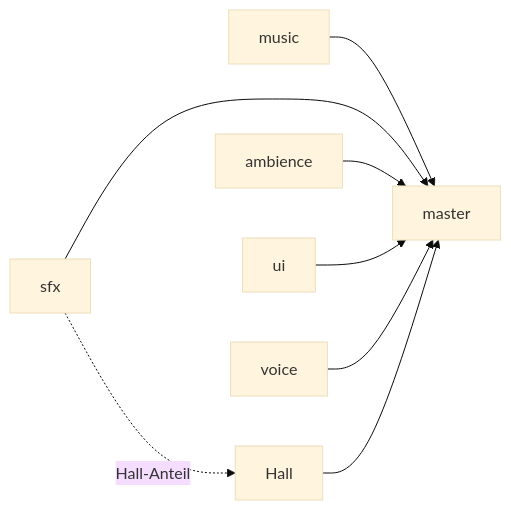
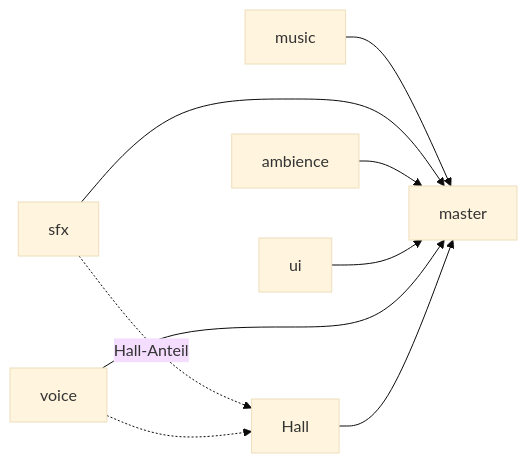
Before and after one commit to ChristianHohlfeld/kernengine.de: the diagram in kern/docs/buch-gruen/07-audio.md, drawn with Mermaid (base theme). The commit also changed other lines of this file and 2 other files, not shown here.

````diff
--- a/kern/docs/buch-gruen/07-audio.md
+++ b/kern/docs/buch-gruen/07-audio.md
@@ -106,10 +109,11 @@
 ```mermaid
 flowchart LR
   M[music] --> MA[master]
   S[sfx] --> MA
   A[ambience] --> MA
   U[ui] --> MA
   V[voice] --> MA
   S -. Hall-Anteil .-> H[Hall]
+  V -.-> H
   H --> MA
 ```
````
